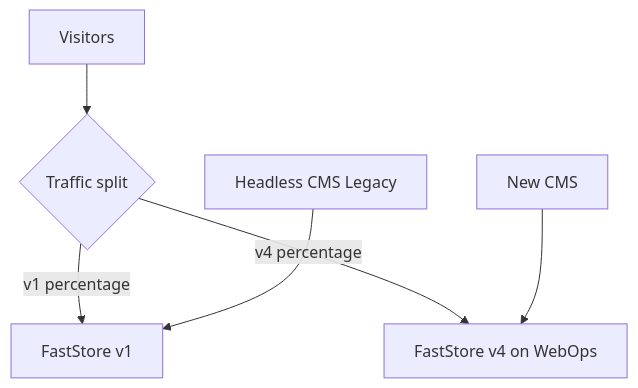
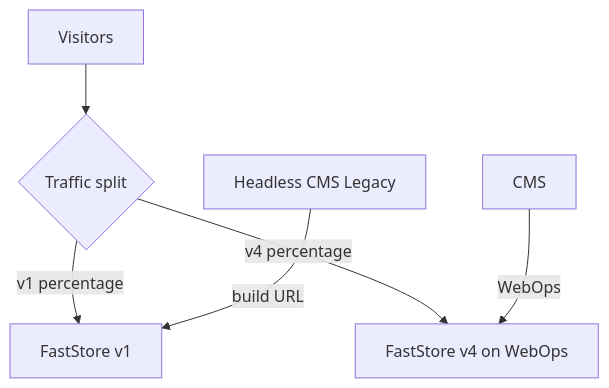
Before and after one commit to vtexdocs/dev-portal-content: the diagram in docs/faststore/docs/getting-started/faststore-v1-to-v4-with-cms.mdx, drawn with Mermaid. The commit also changed other lines of this file, not shown here.

````diff
--- a/docs/faststore/docs/getting-started/faststore-v1-to-v4-with-cms.mdx
+++ b/docs/faststore/docs/getting-started/faststore-v1-to-v4-with-cms.mdx
@@ -27,8 +28,8 @@
 ```mermaid
 flowchart TD
     visitors[Visitors] --> split{Traffic split}
     split -->|"v1 percentage"| v1[FastStore v1]
     split -->|"v4 percentage"| v4[FastStore v4 on WebOps]
-    hcms[Headless CMS Legacy] --> v1
-    newcms[New CMS] --> v4
+    hcms[Headless CMS Legacy] -->|"build URL"| v1
+    cms[CMS] -->|"WebOps"| v4
 ```
````
